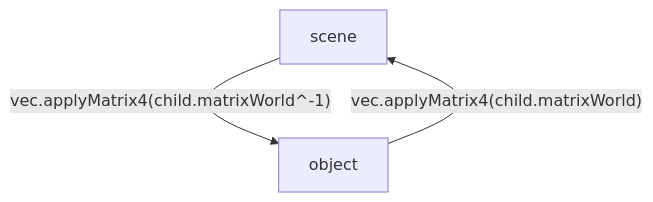
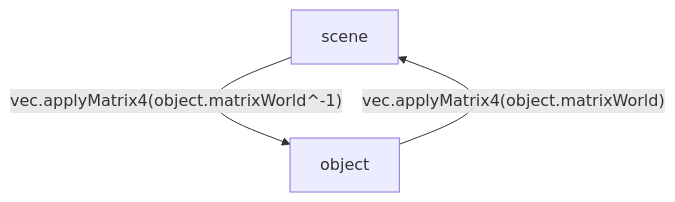
The fifth of 10 diagrams in articles/three-spaces.md (abernier/abernier), drawn with Mermaid before and after one commit.

````diff
--- a/articles/three-spaces.md
+++ b/articles/three-spaces.md
@@ -118,5 +118,5 @@
 ```mermaid
 graph TD;
-  scene -- "vec.applyMatrix4(child.matrixWorld^-1)" --> object;
-  object -- "vec.applyMatrix4(child.matrixWorld)" --> scene;
+  scene -- "vec.applyMatrix4(object.matrixWorld^-1)" --> object;
+  object -- "vec.applyMatrix4(object.matrixWorld)" --> scene;
 ```
````
